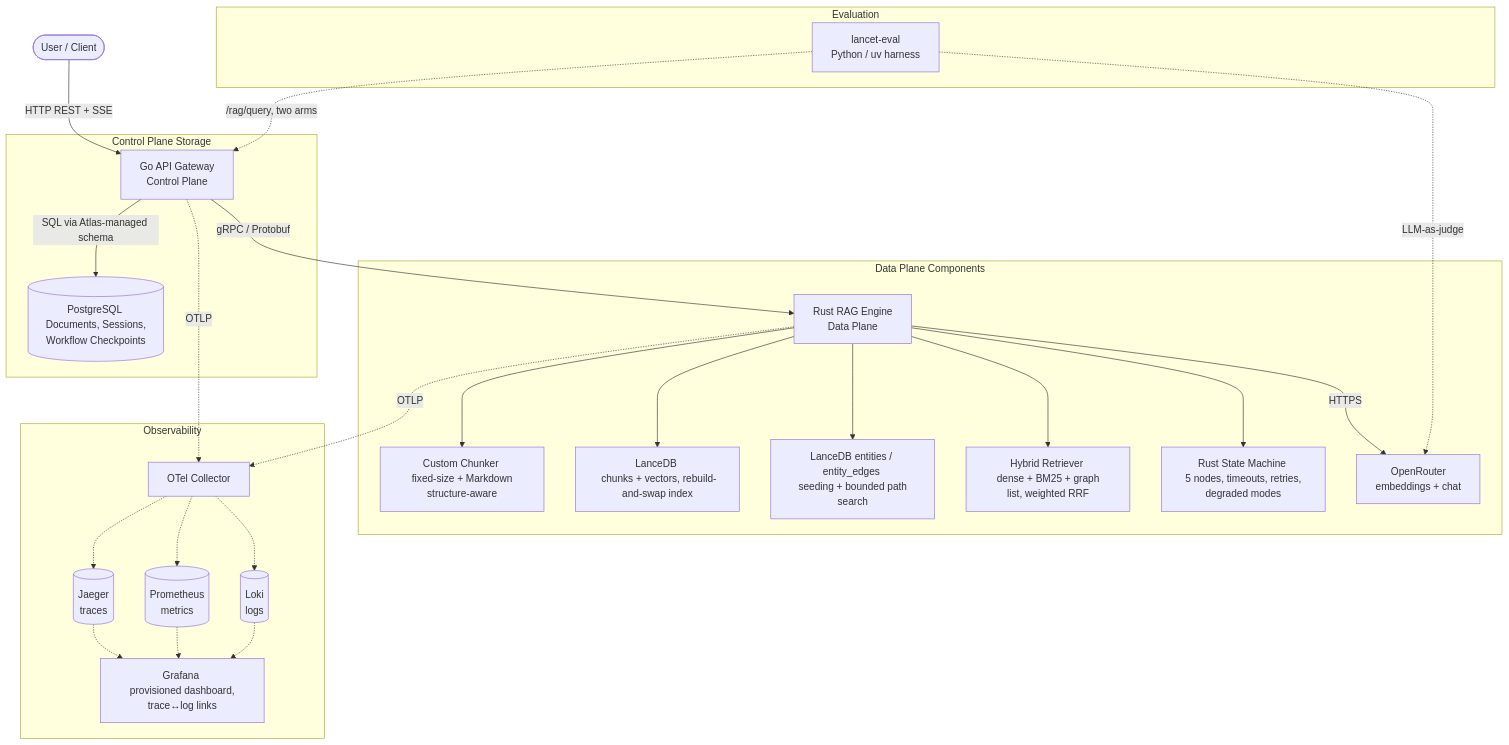
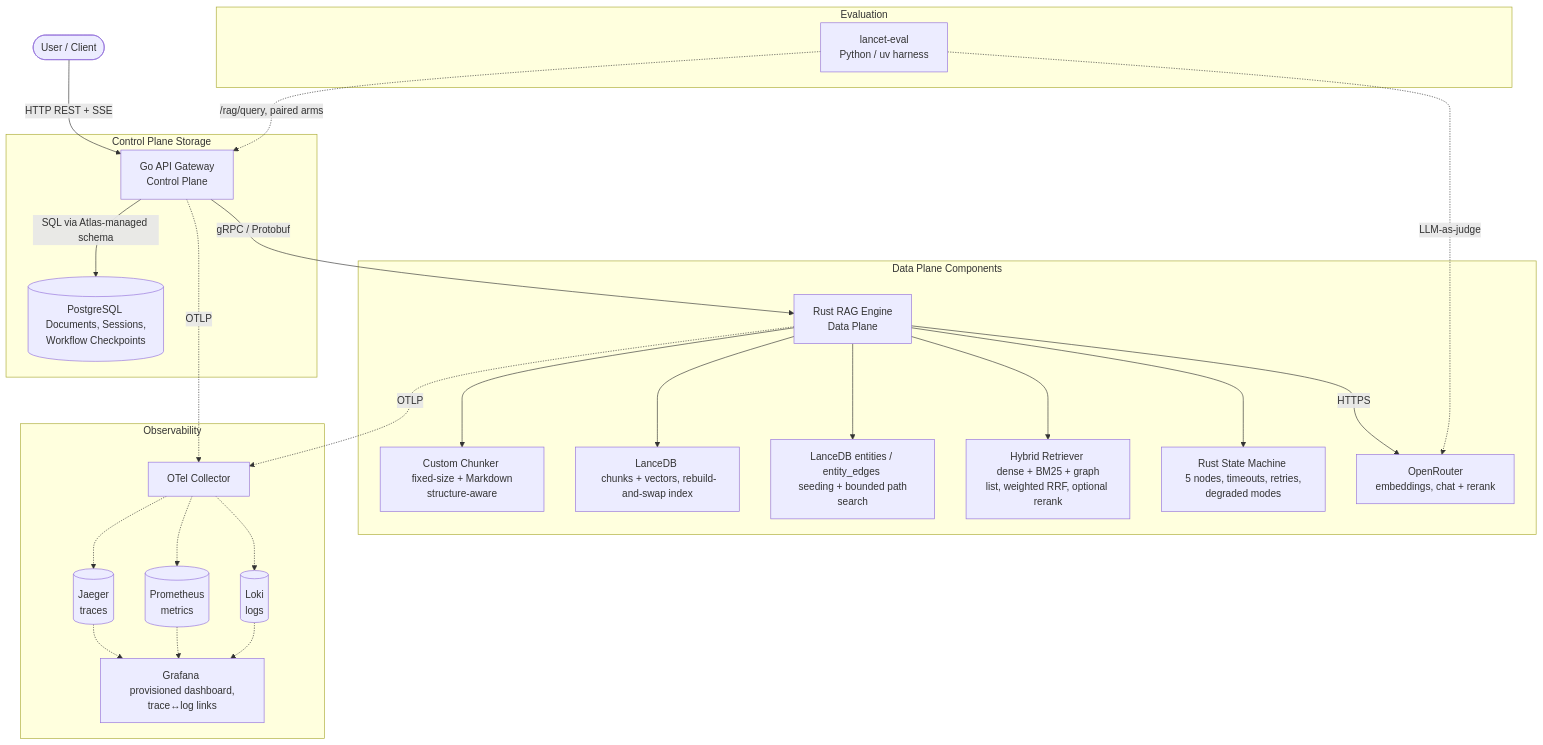
One commit to mileschintw/rust-lancedb-graphrag changed the diagram in README.md. Above: the diagram before and after it, drawn with Mermaid. The commit also changed other lines of this file and 1 other file, not shown here.

````diff
--- a/README.md
+++ b/README.md
@@ -26,32 +52,32 @@
 ```mermaid
 graph TD
     User([User / Client]) -->|HTTP REST + SSE| GoGateway[Go API Gateway <br> Control Plane]
     GoGateway -->|gRPC / Protobuf| RustEngine[Rust RAG Engine <br> Data Plane]
 
     subgraph Control Plane Storage
         GoGateway -->|SQL via Atlas-managed schema| Postgres[(PostgreSQL <br> Documents, Sessions, Workflow Checkpoints)]
     end
 
     subgraph Data Plane Components
         RustEngine --> Chunker[Custom Chunker <br> fixed-size + Markdown structure-aware]
         RustEngine --> Store[LanceDB <br> chunks + vectors, rebuild-and-swap index]
         RustEngine --> GraphStore[LanceDB entities / entity_edges <br> seeding + bounded path search]
-        RustEngine --> Retriever[Hybrid Retriever <br> dense + BM25 + graph list, weighted RRF]
+        RustEngine --> Retriever[Hybrid Retriever <br> dense + BM25 + graph list, weighted RRF, optional rerank]
         RustEngine --> Orchestrator[Rust State Machine <br> 5 nodes, timeouts, retries, degraded modes]
-        RustEngine -->|HTTPS| LLM[OpenRouter <br> embeddings + chat]
+        RustEngine -->|HTTPS| LLM[OpenRouter <br> embeddings, chat + rerank]
     end
 
     subgraph Observability
         GoGateway -.->|OTLP| Collector[OTel Collector]
         RustEngine -.->|OTLP| Collector
         Collector -.-> Jaeger[(Jaeger <br> traces)]
         Collector -.-> Prometheus[(Prometheus <br> metrics)]
         Collector -.-> Loki[(Loki <br> logs)]
         Jaeger & Prometheus & Loki -.-> Grafana[Grafana <br> provisioned dashboard, trace↔log links]
     end
 
     subgraph Evaluation
-        Eval[lancet-eval <br> Python / uv harness] -.->|/rag/query, two arms| GoGateway
+        Eval[lancet-eval <br> Python / uv harness] -.->|/rag/query, paired arms| GoGateway
         Eval -.->|LLM-as-judge| LLM
     end
 ```
````
